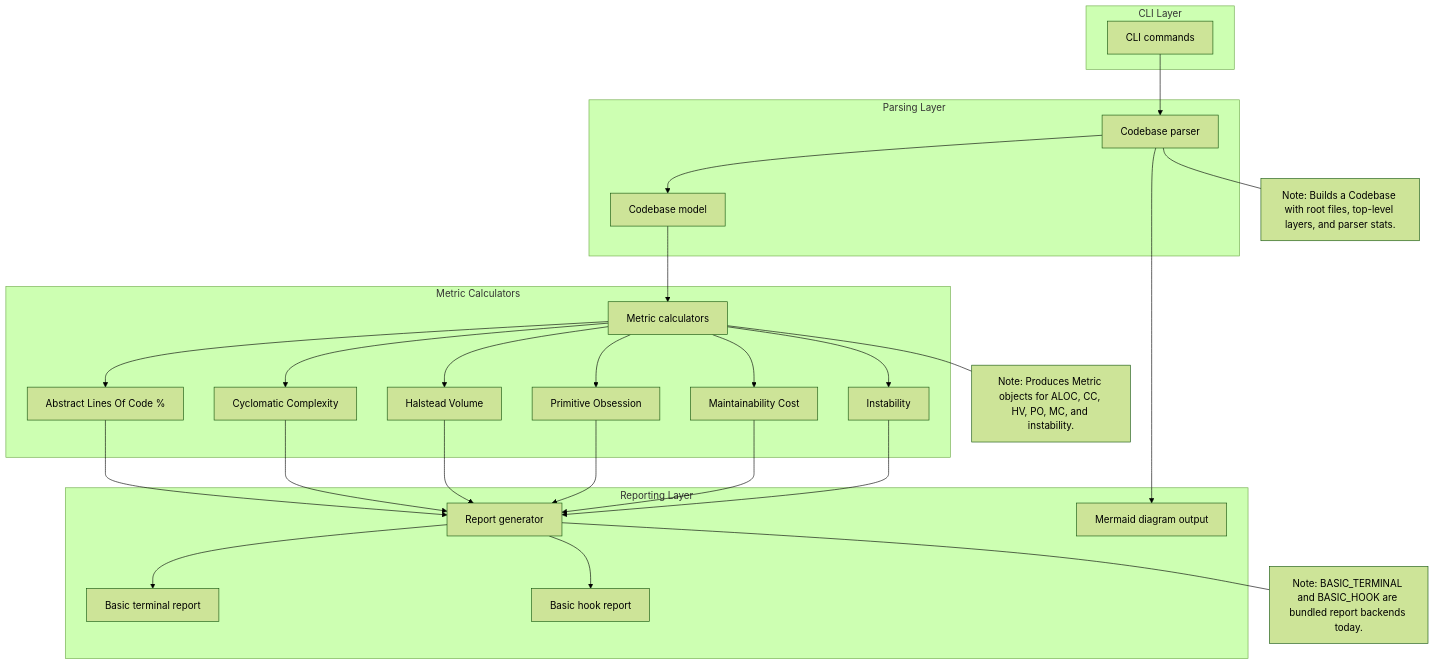
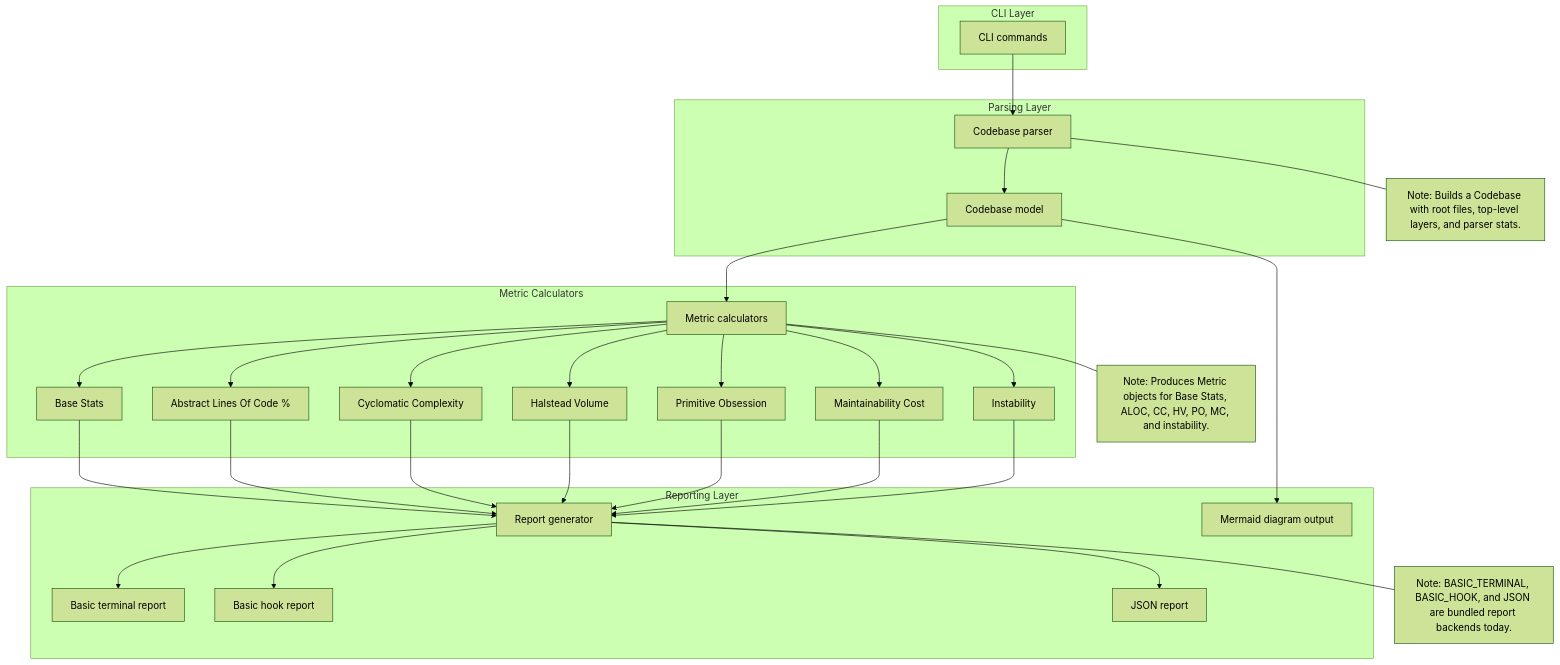
The diagram in architecture_draft.md (JuanJFarina/pymetrica), drawn with Mermaid (forest theme) before and after one commit. The commit also changed 9 other files, not shown here.

````diff
--- a/architecture_draft.md
+++ b/architecture_draft.md
@@ -1,60 +1,65 @@
 ```mermaid
 flowchart TD
     subgraph "CLI Layer"
         CLIParser["CLI commands"]
     end
 
     subgraph "Parsing Layer"
         DirReader["Codebase parser"]
         Codebase["Codebase model"]
     end
 
     subgraph "Metric Calculators"
         MetricsCalc["Metric calculators"]
+        BaseStats["Base Stats"]
         ALOC["Abstract Lines Of Code %"]
         CC["Cyclomatic Complexity"]
         HV["Halstead Volume"]
         PO["Primitive Obsession"]
         MC["Maintainability Cost"]
         LI["Instability"]
     end
 
     subgraph "Reporting Layer"
         ReportGen["Report generator"]
         BasicReport["Basic terminal report"]
         HookReport["Basic hook report"]
+        JsonReport["JSON report"]
         Diagram["Mermaid diagram output"]
     end
 
     CLIParser --> DirReader
     DirReader --> Codebase
     Codebase --> MetricsCalc
 
+    MetricsCalc --> BaseStats
     MetricsCalc --> ALOC
     MetricsCalc --> CC
     MetricsCalc --> HV
     MetricsCalc --> PO
     MetricsCalc --> MC
     MetricsCalc --> LI
 
+    BaseStats --> ReportGen
     ALOC --> ReportGen
     CC --> ReportGen
     HV --> ReportGen
     PO --> ReportGen
     MC --> ReportGen
     LI --> ReportGen
 
     ReportGen --> BasicReport
     ReportGen --> HookReport
-    DirReader --> Diagram
+    ReportGen --> JsonReport
+    Codebase --> Diagram
 
     %% Notes attached to nodes
     DirReader --- NoteCodebase
     NoteCodebase["Note: Builds a Codebase with root files, top-level layers, and parser stats."]
 
     MetricsCalc --- NoteMetric
-    NoteMetric["Note: Produces Metric objects for ALOC, CC, HV, PO, MC, and instability."]
+    NoteMetric["Note: Produces Metric objects for Base Stats, ALOC, CC, HV, PO, MC, and instability."]
 
     ReportGen --- NoteReport
-    NoteReport["Note: BASIC_TERMINAL and BASIC_HOOK are bundled report backends today."]
+    NoteReport["Note: BASIC_TERMINAL, BASIC_HOOK, and JSON are bundled report backends today."]
 ```
````
